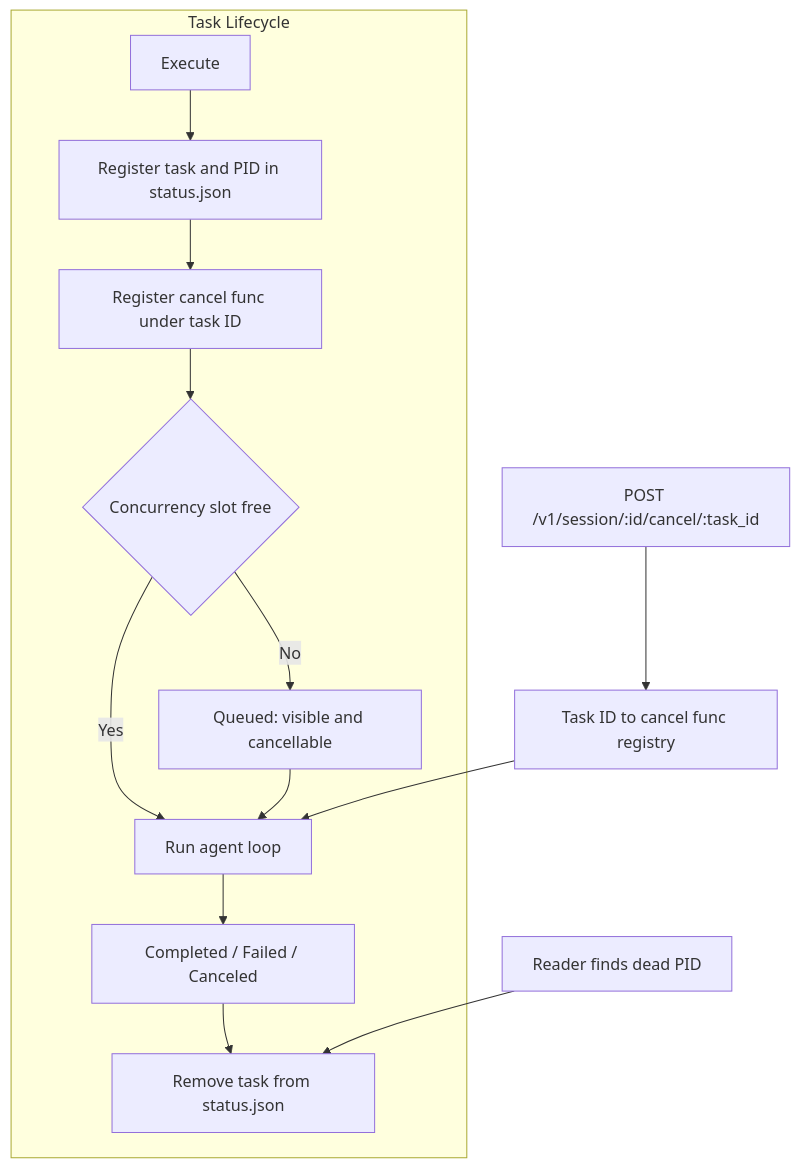
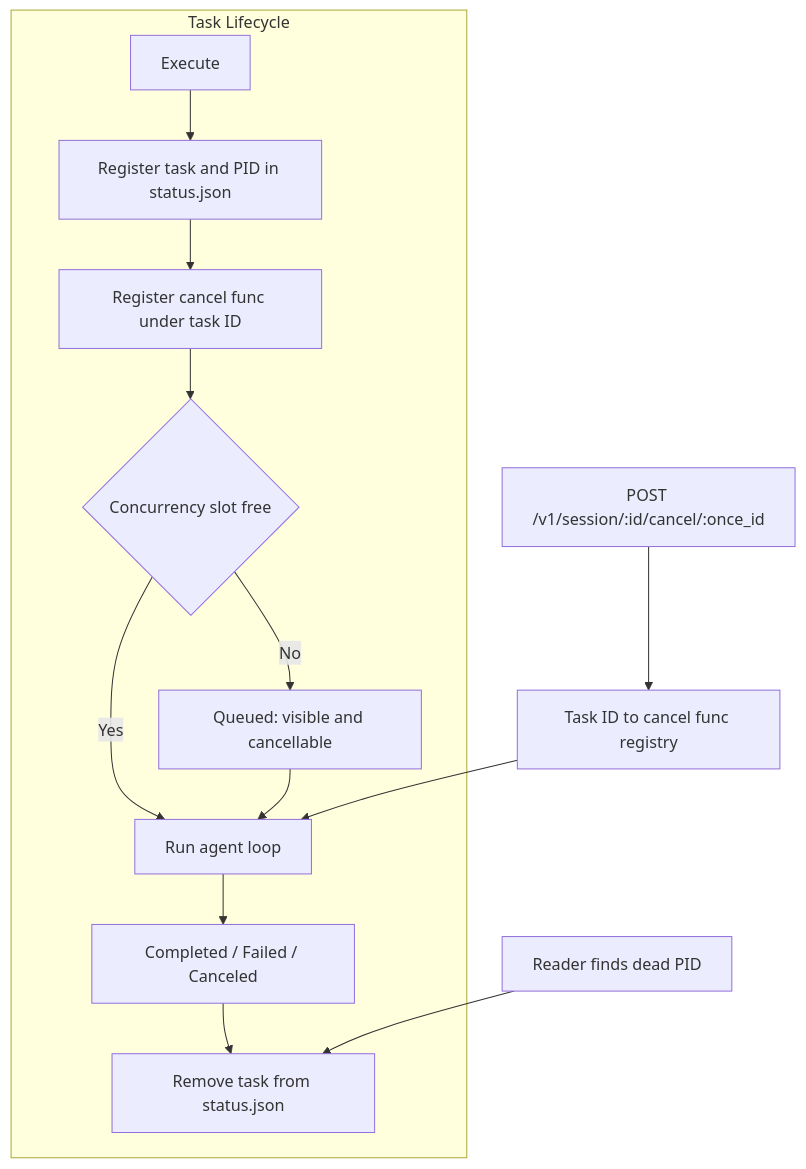
One commit to agenvoy/Agenvoy changed the eighth of 12 diagrams in doc/architecture.md. Above: the diagram before and after it, drawn with Mermaid. The commit also changed other lines of this file and 8 other files, not shown here.

````diff
--- a/doc/architecture.md
+++ b/doc/architecture.md
@@ -174,16 +173,16 @@
 ```mermaid
 graph TB
     subgraph Lifecycle[Task Lifecycle]
         Start[Execute] --> Register[Register task and PID in status.json]
         Register --> CancelReg[Register cancel func under task ID]
         CancelReg --> Gate{Concurrency slot free}
         Gate -->|Yes| Run[Run agent loop]
         Gate -->|No| Queue[Queued: visible and cancellable]
         Queue --> Run
         Run --> Terminal[Completed / Failed / Canceled]
         Terminal --> Clear[Remove task from status.json]
     end
-    CancelAPI[POST /v1/session/:id/cancel/:task_id] --> Registry[Task ID to cancel func registry]
+    CancelAPI[POST /v1/session/:id/cancel/:once_id] --> Registry[Task ID to cancel func registry]
     Registry --> Run
     StaleCheck[Reader finds dead PID] --> Clear
 ```
````
